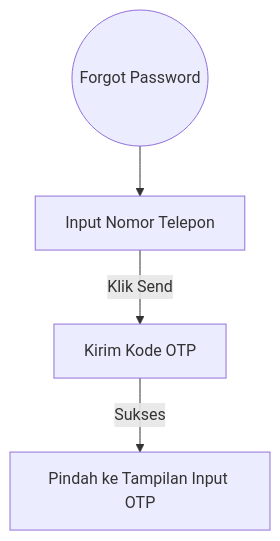
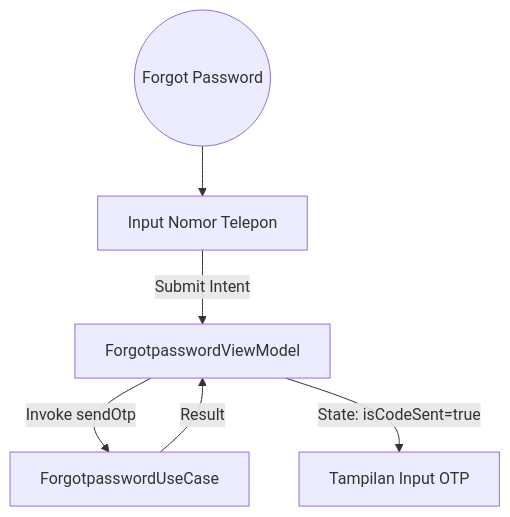
One commit to muharifandi/compose-mvi changed the first of 3 diagrams in docs/docs-feature/forgot-password-flow.md. Above: the diagram before and after it, drawn with Mermaid. The commit also changed other lines of this file and 53 other files, not shown here.

Commit message:
Refactor: Implement Clean Architecture, SOLID principles, and update documentation for Master, Auth, and Onboarding features

````diff
--- a/docs/docs-feature/forgot-password-flow.md
+++ b/docs/docs-feature/forgot-password-flow.md
@@ -8,6 +14,8 @@
 ```mermaid
 graph TD
     Start((Forgot Password)) --> Phone[Input Nomor Telepon]
-    Phone -- "Klik Send" --> API[Kirim Kode OTP]
-    API -- Sukses --> OTP_Stage[Pindah ke Tampilan Input OTP]
+    Phone -- "Submit Intent" --> VM[ForgotpasswordViewModel]
+    VM -- "Invoke sendOtp" --> UC[ForgotpasswordUseCase]
+    UC -- "Result" --> VM
+    VM -- "State: isCodeSent=true" --> OTP_Stage[Tampilan Input OTP]
 ```
````
